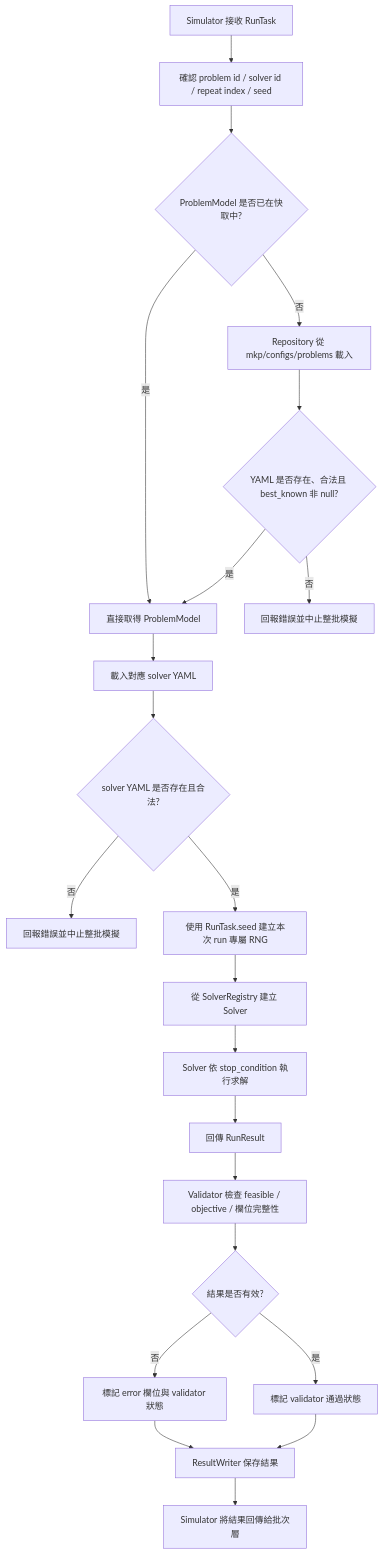
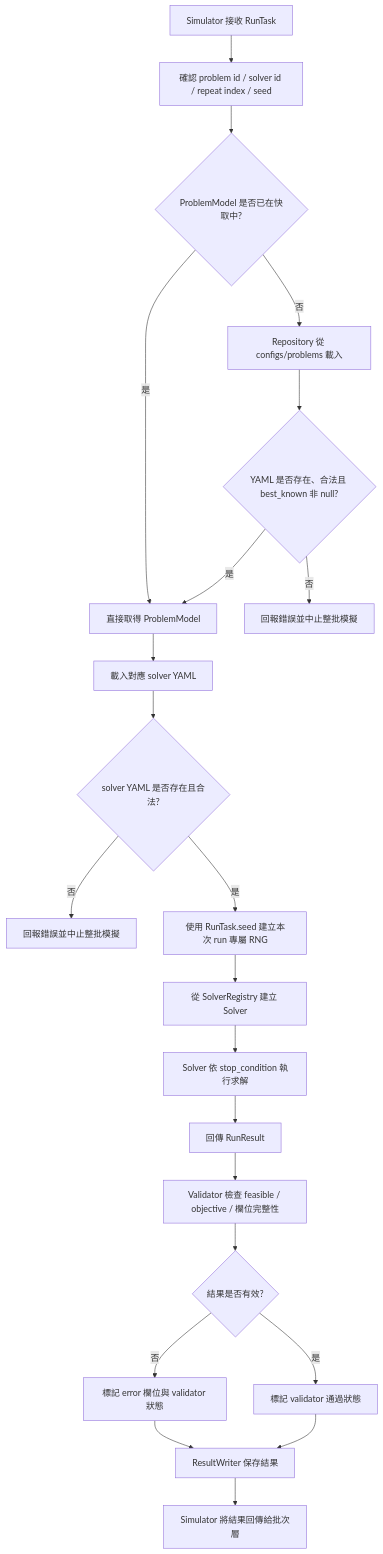
One commit to cgit6/optiforge-optimization-solver changed the second of 4 diagrams in note/模擬系統.md. Above: the diagram before and after it, drawn with Mermaid. The commit also changed other lines of this file and 127 other files, not shown here.

````diff
--- a/note/模擬系統.md
+++ b/note/模擬系統.md
@@ -464,24 +460,24 @@
 ```mermaid
 flowchart TD
     A[Simulator 接收 RunTask] --> B[確認 problem id / solver id / repeat index / seed]
     B --> C{ProblemModel 是否已在快取中?}
     C -->|是| D[直接取得 ProblemModel]
-    C -->|否| E[Repository 從 mkp/configs/problems 載入]
+    C -->|否| E[Repository 從 configs/problems 載入]
     E --> F{YAML 是否存在、合法且 best_known 非 null?}
     F -->|否| X[回報錯誤並中止整批模擬]
     F -->|是| D
     D --> G[載入對應 solver YAML]
     G --> H{solver YAML 是否存在且合法?}
     H -->|否| Y[回報錯誤並中止整批模擬]
     H -->|是| I[使用 RunTask.seed 建立本次 run 專屬 RNG]
     I --> J[從 SolverRegistry 建立 Solver]
     J --> K[Solver 依 stop_condition 執行求解]
     K --> L[回傳 RunResult]
     L --> M[Validator 檢查 feasible / objective / 欄位完整性]
     M --> N{結果是否有效?}
     N -->|否| O[標記 error 欄位與 validator 狀態]
     N -->|是| P[標記 validator 通過狀態]
     O --> Q[ResultWriter 保存結果]
     P --> Q
     Q --> R[Simulator 將結果回傳給批次層]
 ```
````
